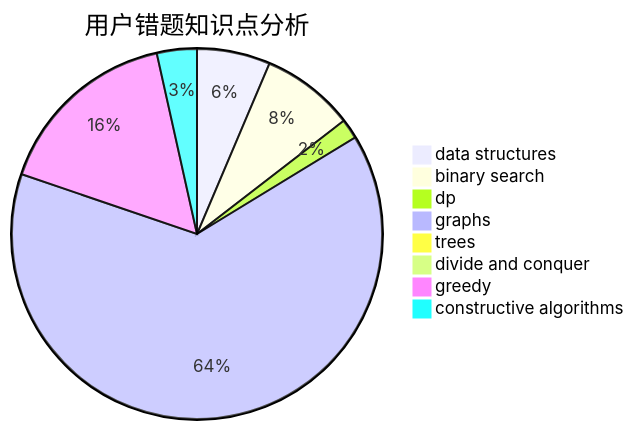
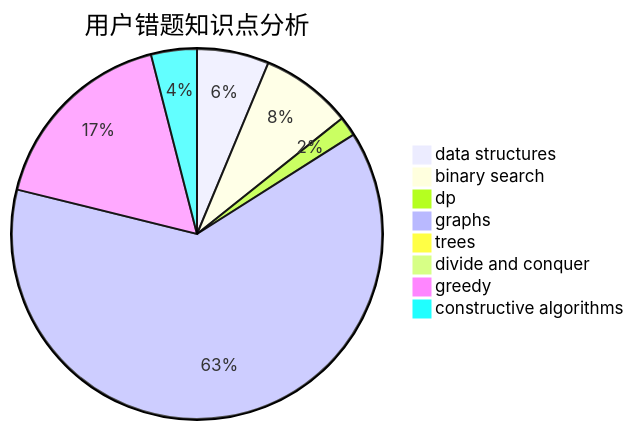
Before and after one commit to sherpahu/cfrs.github.io: the third of 3 diagrams in docs/user/u257.md, drawn with Mermaid. The commit also changed other lines of this file and 2770 other files, not shown here.

````diff
--- a/docs/user/u257.md
+++ b/docs/user/u257.md
@@ -36,11 +36,11 @@
 ```mermaid
 pie title 用户错题知识点分析
     "data structures" :  11
     "binary search" :  14
     "dp" :  3
     "graphs" :  110
     "trees" :  0
     "divide and conquer" :  0
-    "greedy" :  28
-    "constructive algorithms" :  6
+    "greedy" :  30
+    "constructive algorithms" :  7
 ```
````
